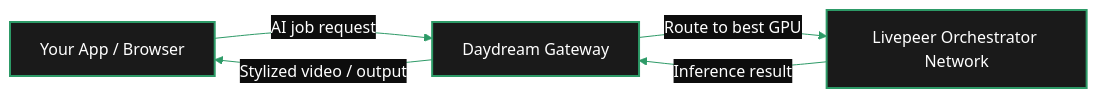
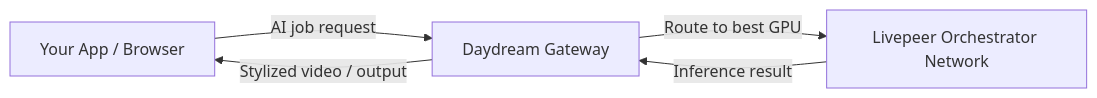
Before and after one commit to livepeer/docs: the diagram in v2/gateways/using-gateways/gateway-providers/daydream-gateway.mdx, drawn with Mermaid. The commit also changed 4 other files, not shown here.

````diff
--- a/v2/gateways/using-gateways/gateway-providers/daydream-gateway.mdx
+++ b/v2/gateways/using-gateways/gateway-providers/daydream-gateway.mdx
@@ -129,10 +129,7 @@
 ```mermaid
-%%{init: {'theme': 'base', 'themeVariables': { 'primaryColor': '#1a1a1a', 'primaryTextColor': '#fff', 'primaryBorderColor': '#2d9a67', 'lineColor': '#2d9a67', 'secondaryColor': '#0d0d0d', 'background': '#0d0d0d', 'fontFamily': 'system-ui' }}}%%
 flowchart LR
     A[Your App / Browser] -->|AI job request| B[Daydream Gateway]
     B -->|Route to best GPU| C[Livepeer Orchestrator Network]
     C -->|Inference result| B
     B -->|Stylized video / output| A
-
-    classDef default fill:#1a1a1a,color:#fff,stroke:#2d9a67,stroke-width:2px
 ```
````
